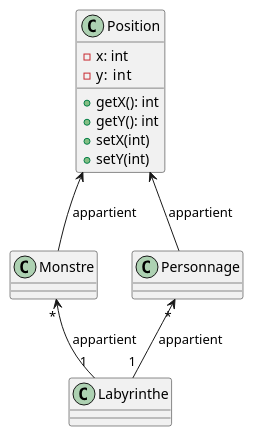
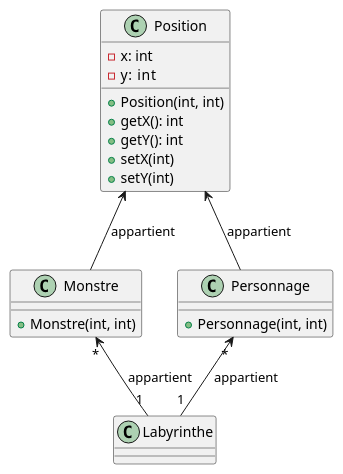
Before and after one commit to Erwanquilliou/2024_Zeldiablo_quilliou2u_leveque58u: the diagram in zeldiablo/documents/version_0/diagclass_monstreImmobile.puml, drawn with PlantUML.

Commit message:
msj diagclass monstreImmobile

```diff
--- a/zeldiablo/documents/version_0/diagclass_monstreImmobile.puml
+++ b/zeldiablo/documents/version_0/diagclass_monstreImmobile.puml
@@ -1,31 +1,34 @@
 @startuml
 
 class Position{
 - x: int
 - y:  int
++ Position(int, int)
 + getX(): int
 + getY(): int
 + setX(int)
 + setY(int)
 }
 
 Position <-- Monstre : appartient
 
 class Monstre{
++ Monstre(int, int)
 }
 
 Position <-- Personnage : appartient
 
 class Personnage{
++ Personnage(int, int)
 }
 
 Monstre "*" <-- "1" Labyrinthe : appartient
 Personnage "*" <-- "1" Labyrinthe : appartient
 
 class Labyrinthe{
 }
 
 
 
 
 @enduml
```
